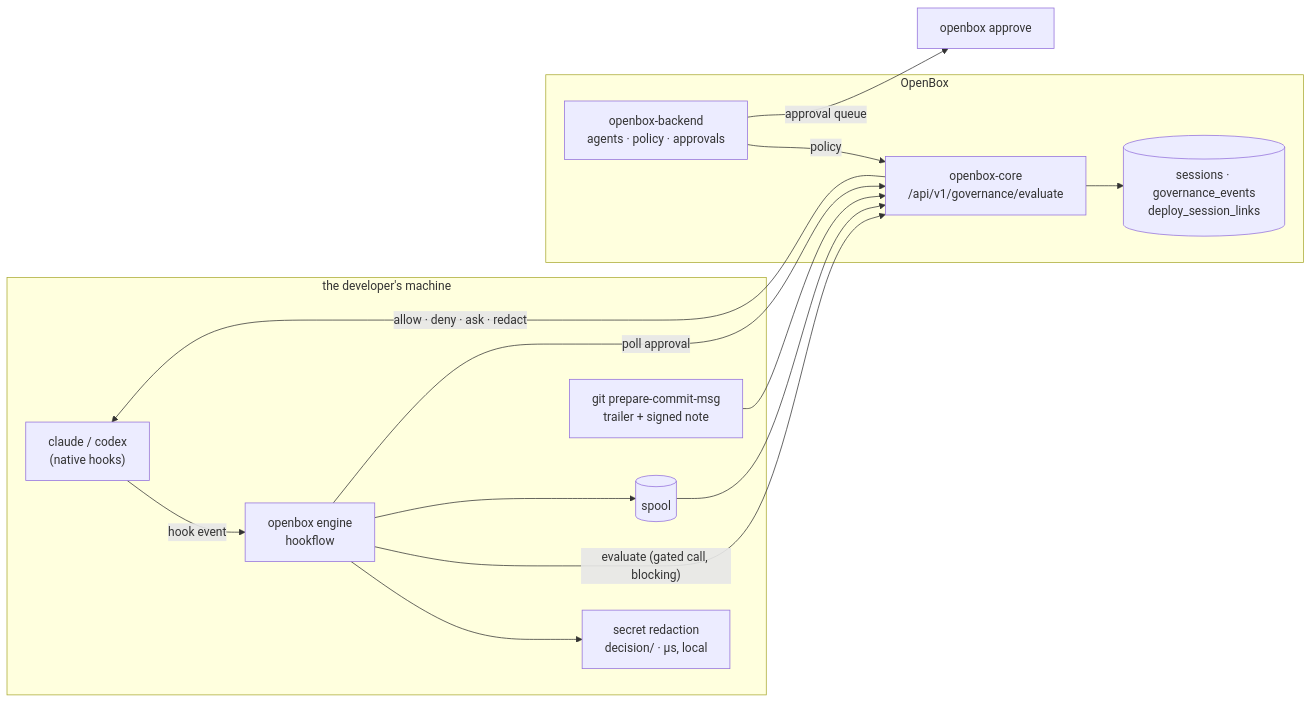
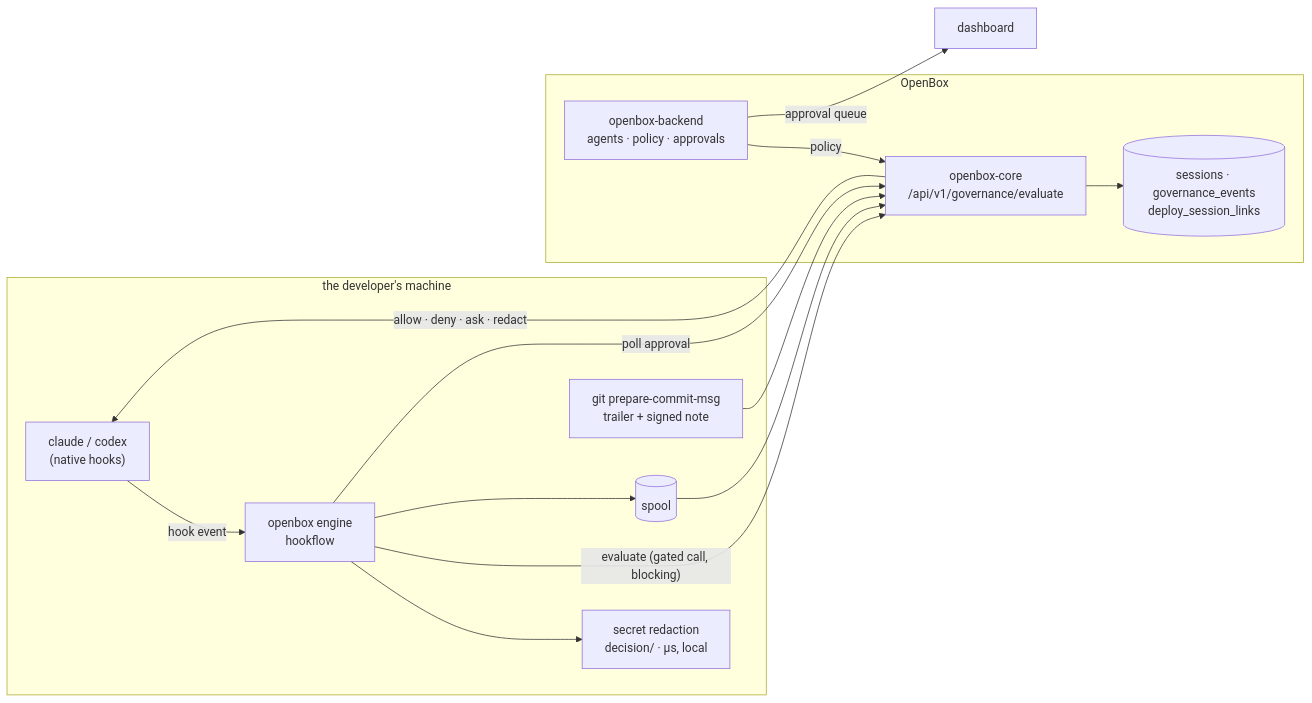
One commit to OpenBox-AI/openbox-shift-left changed the diagram in docs/architecture.md. Above: the diagram before and after it, drawn with Mermaid. The commit also changed other lines of this file and 24 other files, not shown here.

````diff
--- a/docs/architecture.md
+++ b/docs/architecture.md
@@ -8,24 +8,24 @@
 ```mermaid
 flowchart LR
   subgraph TOOL["the developer's machine"]
     CC["claude / codex<br/>(native hooks)"]
     ENG["openbox engine<br/>hookflow"]
     RED["secret redaction<br/>decision/ · µs, local"]
     SPOOL[("spool")]
     GIT["git prepare-commit-msg<br/>trailer + signed note"]
   end
   subgraph OPENBOX["OpenBox"]
     CORE["openbox-core<br/>/api/v1/governance/evaluate"]
     BE["openbox-backend<br/>agents · policy · approvals"]
     DB[("sessions · governance_events<br/>deploy_session_links")]
   end
   CC -- "hook event" --> ENG
   ENG --> RED
   ENG -- "evaluate (gated call, blocking)" --> CORE
   CORE -- "allow · deny · ask · redact" --> CC
   ENG --> SPOOL --> CORE --> DB
   ENG -- "poll approval" --> CORE
   GIT --> CORE
   BE -- "policy" --> CORE
-  BE -- "approval queue" --> CLI["openbox approve"]
+  BE -- "approval queue" --> DASH["dashboard"]
 ```
````
